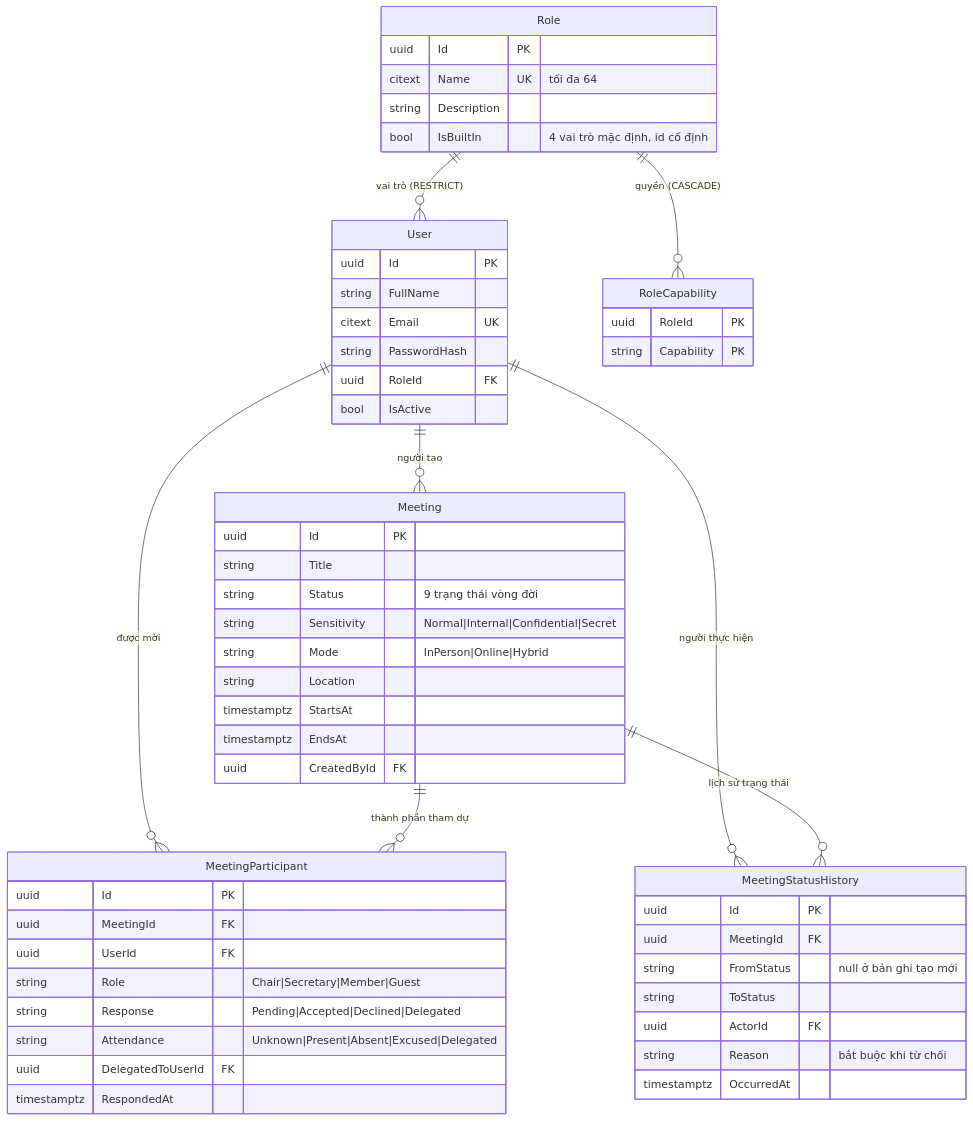
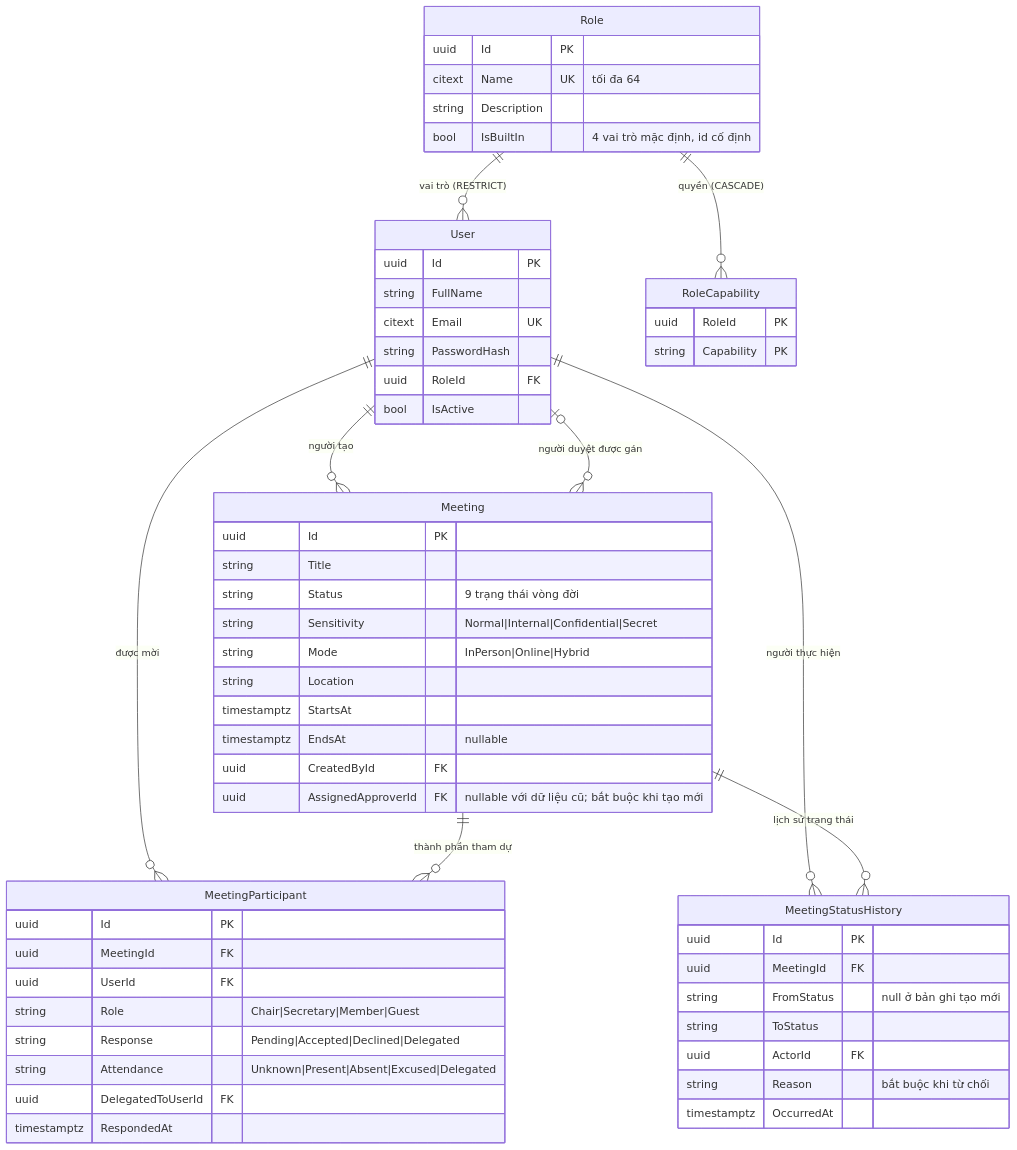
The first of 5 diagrams in docs/02-design/02-erd.md (callmehai/FU-FA26-G116), drawn with Mermaid before and after one commit. The commit also changed 17 other files, not shown here.

First line of the commit message:
Add meeting approver and optional end time

````diff
--- a/docs/02-design/02-erd.md
+++ b/docs/02-design/02-erd.md
@@ -37,59 +37,61 @@
 ```mermaid
 erDiagram
     Role ||--o{ User : "vai trò (RESTRICT)"
     Role ||--o{ RoleCapability : "quyền (CASCADE)"
     User ||--o{ Meeting : "người tạo"
+    User o|--o{ Meeting : "người duyệt được gán"
     User ||--o{ MeetingParticipant : "được mời"
     User ||--o{ MeetingStatusHistory : "người thực hiện"
     Meeting ||--o{ MeetingParticipant : "thành phần tham dự"
     Meeting ||--o{ MeetingStatusHistory : "lịch sử trạng thái"
 
     User {
         uuid Id PK
         string FullName
         citext Email UK
         string PasswordHash
         uuid RoleId FK
         bool IsActive
     }
     Role {
         uuid Id PK
         citext Name UK "tối đa 64"
         string Description
         bool IsBuiltIn "4 vai trò mặc định, id cố định"
     }
     RoleCapability {
         uuid RoleId PK
         string Capability PK
     }
     Meeting {
         uuid Id PK
         string Title
         string Status "9 trạng thái vòng đời"
         string Sensitivity "Normal|Internal|Confidential|Secret"
         string Mode "InPerson|Online|Hybrid"
         string Location
         timestamptz StartsAt
-        timestamptz EndsAt
+        timestamptz EndsAt "nullable"
         uuid CreatedById FK
+        uuid AssignedApproverId FK "nullable với dữ liệu cũ; bắt buộc khi tạo mới"
     }
     MeetingParticipant {
         uuid Id PK
         uuid MeetingId FK
         uuid UserId FK
         string Role "Chair|Secretary|Member|Guest"
         string Response "Pending|Accepted|Declined|Delegated"
         string Attendance "Unknown|Present|Absent|Excused|Delegated"
         uuid DelegatedToUserId FK
         timestamptz RespondedAt
     }
     MeetingStatusHistory {
         uuid Id PK
         uuid MeetingId FK
         string FromStatus "null ở bản ghi tạo mới"
         string ToStatus
         uuid ActorId FK
         string Reason "bắt buộc khi từ chối"
         timestamptz OccurredAt
     }
 ```
````
